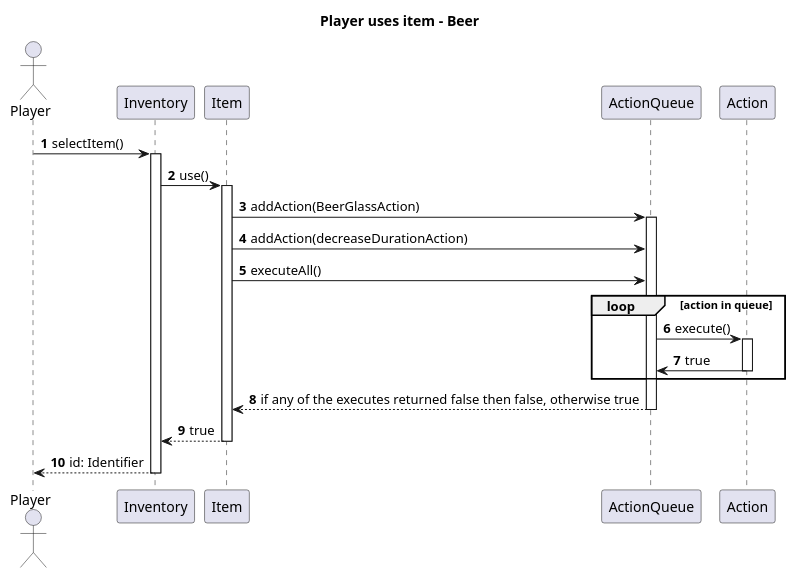
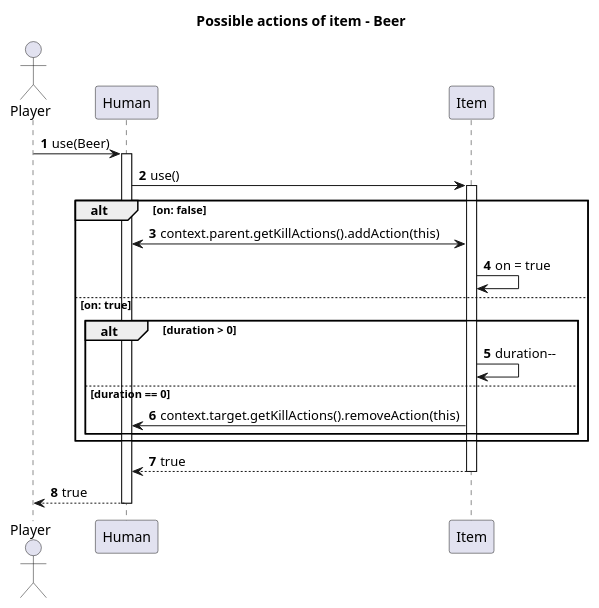
One commit to MysticMazeEducators/.github changed the diagram in resources/sequence_diagrams/item/itemUse/itemUse_beer.puml. Above: the diagram before and after it, drawn with PlantUML. The commit also changed 3 other files, not shown here.

```diff
--- a/resources/sequence_diagrams/item/itemUse/itemUse_beer.puml
+++ b/resources/sequence_diagrams/item/itemUse/itemUse_beer.puml
@@ -1,32 +1,29 @@
 @startuml
 'https://plantuml.com/sequence-diagram
 
-title Player uses item - Beer
+title Possible actions of item - Beer
 autonumber
 
 Actor Player as p
- participant Inventory as inven
- participant Item as item
- participant ActionQueue as aq
+participant Human as h
+participant Item as i
 
- p -> inven: selectItem()
-activate inven
+p -> h: use(Beer)
+activate h
+h -> i: use()
+activate i
+alt on: false
+    i <-> h: context.parent.getKillActions().addAction(this)
+    i -> i: on = true
+else on: true
+    alt duration > 0
+        i -> i: duration--
+    else duration == 0
+        i -> h: context.target.getKillActions().removeAction(this)
+    end
+end
 
-inven -> item: use()
-activate item
-
-item -> aq: addAction(BeerGlassAction)
-activate aq
-item -> aq: addAction(decreaseDurationAction)
-item -> aq: executeAll()
-loop action in queue
-    aq -> Action: execute()
-    activate Action
-    Action -> aq: true
-    deactivate Action
-end loop
-return if any of the executes returned false then false, otherwise true
 return true
-return id: Identifier
+return true
 
 @enduml
```
